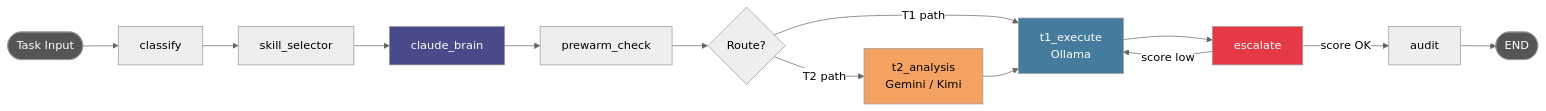
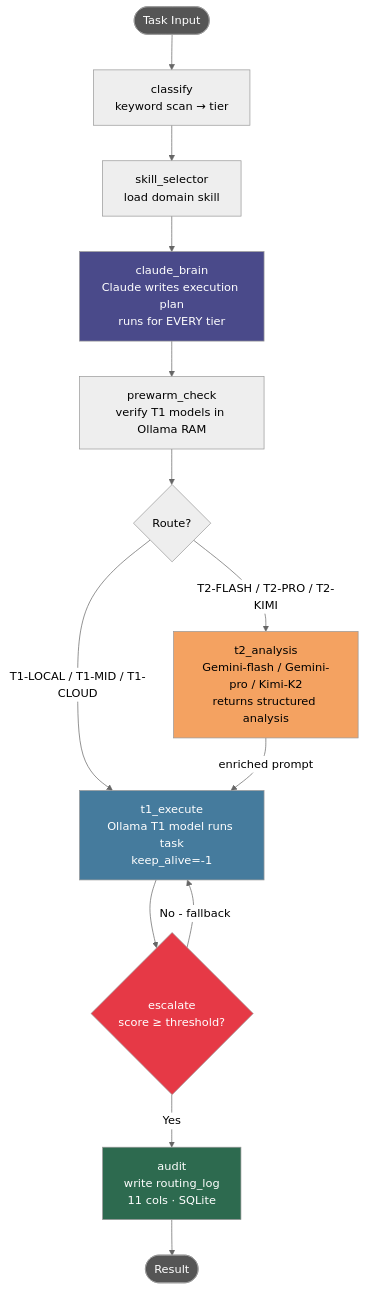
The third of 8 diagrams in ARCHITECTURE.md (dineshsrivastava07-cell/Claude-Tier-MacMini), drawn with Mermaid (neutral theme) before and after one commit. The commit also changed other lines of this file and 7 other files, not shown here.

````diff
--- a/ARCHITECTURE.md
+++ b/ARCHITECTURE.md
@@ -53,24 +102,27 @@
 ```mermaid
-flowchart LR
-    A([Task Input]) --> B[classify]
-    B --> C[skill_selector]
-    C --> D[claude_brain]
-    D --> E[prewarm_check]
+flowchart TD
+    IN([Task Input]) --> CL[classify<br/>keyword scan → tier]
+    CL --> SK[skill_selector<br/>load domain skill]
+    SK --> CB[claude_brain<br/>Claude writes execution plan<br/>runs for EVERY tier]
+    CB --> PC[prewarm_check<br/>verify T1 models in Ollama RAM]
 
-    E --> F{Route?}
-    F -->|T2 path| G[t2_analysis<br/>Gemini / Kimi]
-    F -->|T1 path| H[t1_execute<br/>Ollama]
+    PC --> RT{Route?}
+    RT -->|T2-FLASH / T2-PRO / T2-KIMI| T2[t2_analysis<br/>Gemini-flash / Gemini-pro / Kimi-K2<br/>returns structured analysis]
+    RT -->|T1-LOCAL / T1-MID / T1-CLOUD| EX
 
-    G --> H
-    H --> I[escalate]
-    I -->|score OK| J[audit]
-    I -->|score low| H
-    J --> K([END])
+    T2 -->|enriched prompt| EX[t1_execute<br/>Ollama T1 model runs task<br/>keep_alive=-1]
 
-    style A fill:#555,color:#fff
-    style K fill:#555,color:#fff
-    style D fill:#4a4a8a,color:#fff
-    style G fill:#f4a261,color:#000
-    style H fill:#457b9d,color:#fff
-    style I fill:#e63946,color:#fff
+    EX --> ES{escalate<br/>score ≥ threshold?}
+    ES -->|Yes| AU[audit<br/>write routing_log<br/>11 cols · SQLite]
+    ES -->|No - fallback| EX
+
+    AU --> OUT([Result])
+
+    style IN fill:#555,color:#fff
+    style OUT fill:#555,color:#fff
+    style CB fill:#4a4a8a,color:#fff
+    style T2 fill:#f4a261,color:#000
+    style EX fill:#457b9d,color:#fff
+    style ES fill:#e63946,color:#fff
+    style AU fill:#2d6a4f,color:#fff
 ```
````
